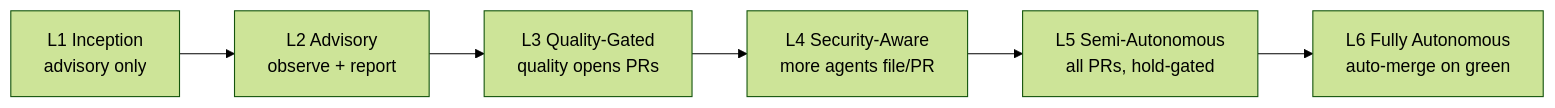
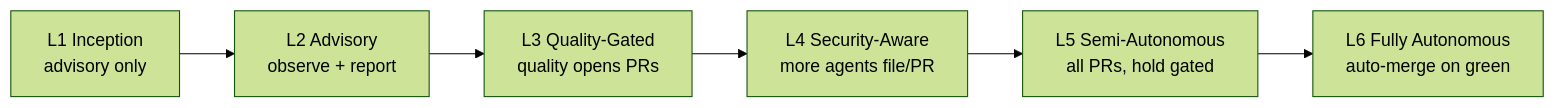
The sixth of 10 diagrams in src/docs/architecture.md (hivecommons/hive), drawn with Mermaid (forest theme) before and after one commit. The commit also changed other lines of this file and 16 other files, not shown here.

````diff
--- a/src/docs/architecture.md
+++ b/src/docs/architecture.md
@@ -276,10 +276,10 @@
 ```mermaid
 flowchart LR
     L1["L1 Inception<br/>advisory only"]
     L2["L2 Advisory<br/>observe + report"]
     L3["L3 Quality-Gated<br/>quality opens PRs"]
     L4["L4 Security-Aware<br/>more agents file/PR"]
-    L5["L5 Semi-Autonomous<br/>all PRs, hold-gated"]
+    L5["L5 Semi-Autonomous<br/>all PRs, hold gated"]
     L6["L6 Fully Autonomous<br/>auto-merge on green"]
     L1 --> L2 --> L3 --> L4 --> L5 --> L6
 ```
````
